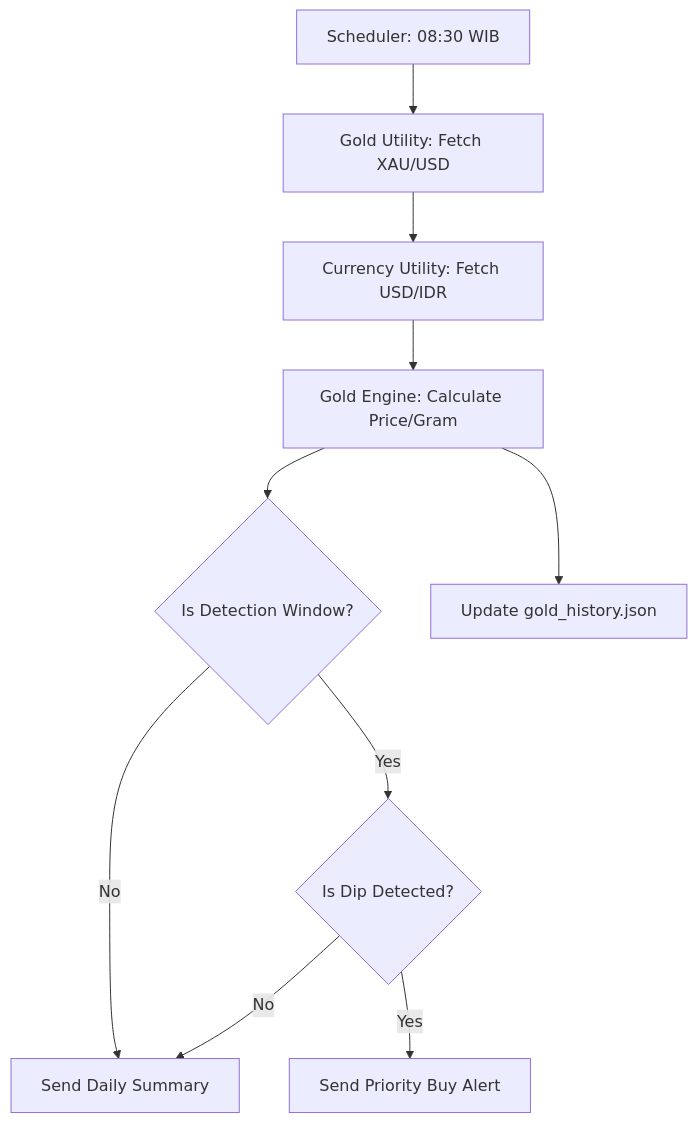
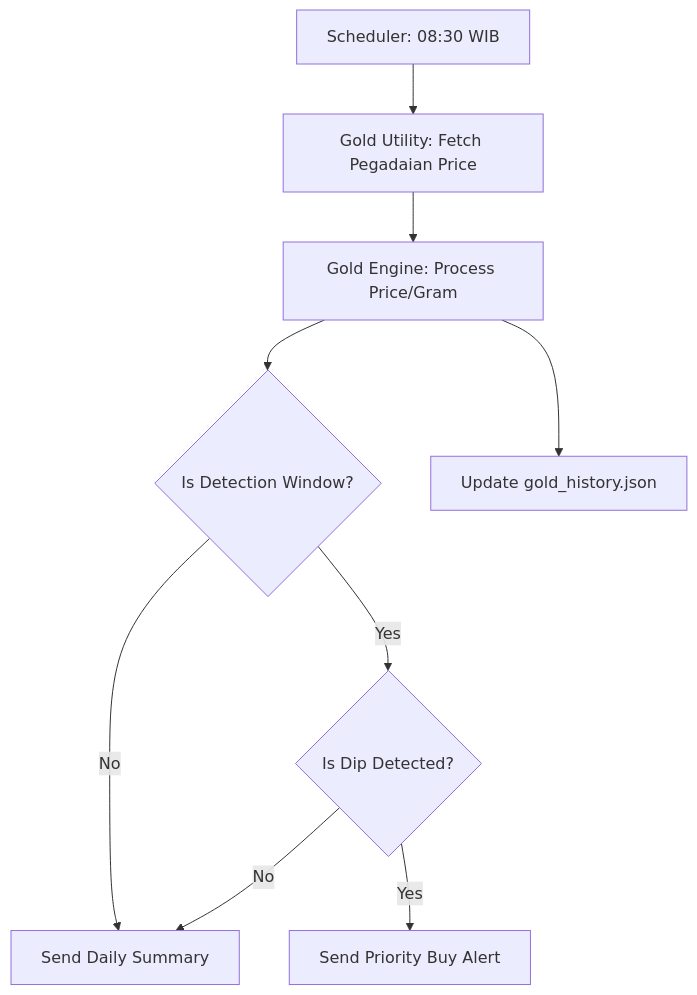
One commit to wayangalihpratama/dawn-dash changed the diagram in docs/GOLD_PRICE_MONITOR.md. Above: the diagram before and after it, drawn with Mermaid. The commit also changed other lines of this file and 3 other files, not shown here.

````diff
--- a/docs/GOLD_PRICE_MONITOR.md
+++ b/docs/GOLD_PRICE_MONITOR.md
@@ -29,12 +29,11 @@
 ```mermaid
 graph TD
-    A[Scheduler: 08:30 WIB] --> B[Gold Utility: Fetch XAU/USD]
-    B --> C[Currency Utility: Fetch USD/IDR]
-    C --> D[Gold Engine: Calculate Price/Gram]
+    A[Scheduler: 08:30 WIB] --> B[Gold Utility: Fetch Pegadaian Price]
+    B --> D[Gold Engine: Process Price/Gram]
     D --> E{Is Detection Window?}
     E -->|No| F[Send Daily Summary]
     E -->|Yes| G{Is Dip Detected?}
     G -->|Yes| H[Send Priority Buy Alert]
     G -->|No| F
     D --> I[Update gold_history.json]
 ```
````
